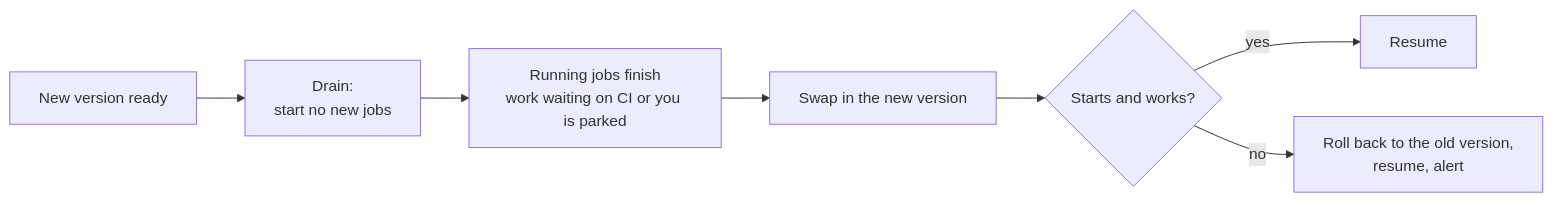
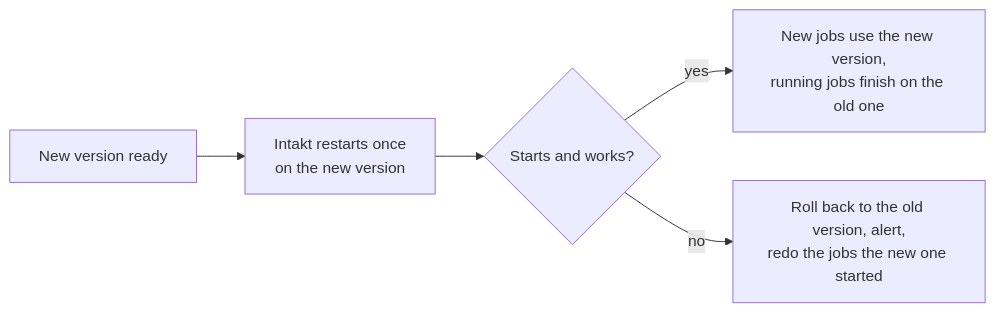
One commit to shinyredapples/intakt changed the fourth of 4 diagrams in docs/guide/the-engine-room.md. Above: the diagram before and after it, drawn with Mermaid. The commit also changed other lines of this file and 8 other files, not shown here.

Commit message:
docs(design): let running jobs finish on their version during an update

````diff
--- a/docs/guide/the-engine-room.md
+++ b/docs/guide/the-engine-room.md
@@ -116,9 +116,7 @@
 ```mermaid
 flowchart LR
-  a[New version ready] --> b[Drain:<br/>start no new jobs]
-  b --> c[Running jobs finish<br/>work waiting on CI or you is parked]
-  c --> d[Swap in the new version]
-  d --> e{Starts and works?}
-  e -- yes --> f[Resume]
-  e -- no --> g[Roll back to the old version,<br/>resume, alert]
+  a[New version ready] --> b[Intakt restarts once<br/>on the new version]
+  b --> e{Starts and works?}
+  e -- yes --> f[New jobs use the new version,<br/>running jobs finish on the old one]
+  e -- no --> g[Roll back to the old version, alert,<br/>redo the jobs the new one started]
 ```
````
